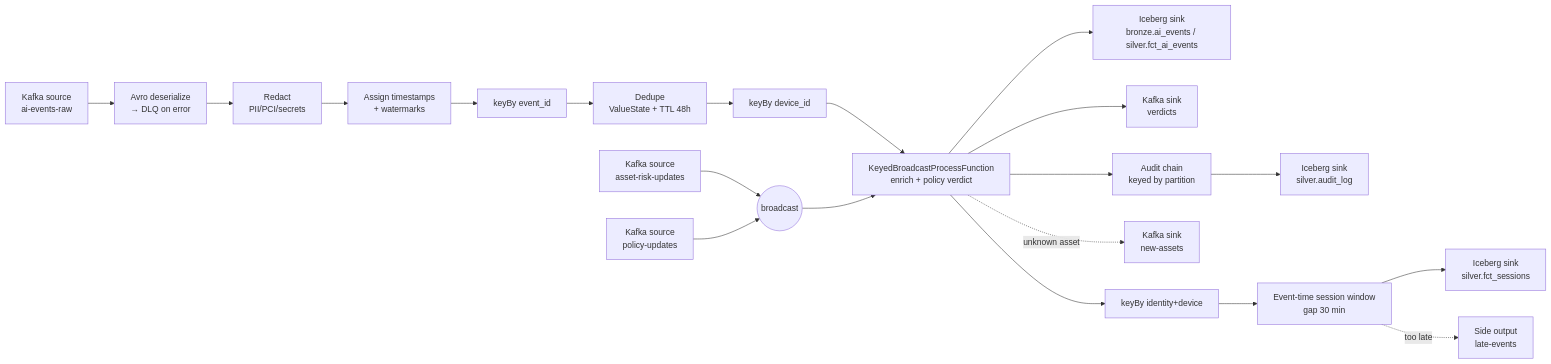
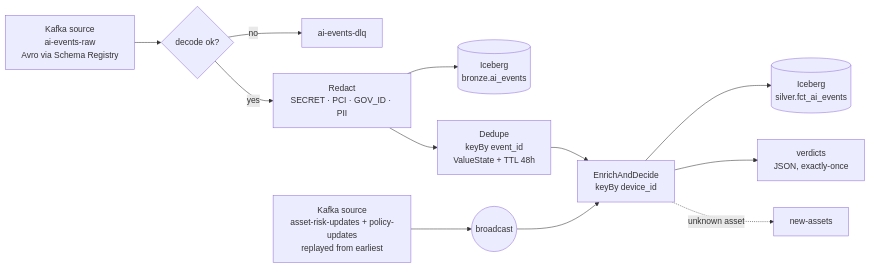
The first of 2 diagrams in docs/04-pipelines.md (sayanah1121/AIRS-Lite-an-AI-Asset-Risk-Lakehouse), drawn with Mermaid before and after one commit. The commit also changed other lines of this file and 36 other files, not shown here.

````diff
--- a/docs/04-pipelines.md
+++ b/docs/04-pipelines.md
@@ -36,22 +44,14 @@
 ```mermaid
 flowchart LR
-    SRC[Kafka source<br/>ai-events-raw] --> DESER[Avro deserialize<br/>→ DLQ on error]
-    DESER --> RED[Redact<br/>PII/PCI/secrets]
-    RED --> WM[Assign timestamps<br/>+ watermarks]
-    WM --> KEY1[keyBy event_id]
-    KEY1 --> DEDUP[Dedupe<br/>ValueState + TTL 48h]
-    DEDUP --> KEY2[keyBy device_id]
-    CAT[Kafka source<br/>asset-risk-updates] --> BC((broadcast))
-    POL[Kafka source<br/>policy-updates] --> BC
-    KEY2 --> ENR[KeyedBroadcastProcessFunction<br/>enrich + policy verdict]
+    SRC[Kafka source<br/>ai-events-raw<br/>Avro via Schema Registry] --> SPLIT{decode ok?}
+    SPLIT -- no --> DLQ[ai-events-dlq]
+    SPLIT -- yes --> RED[Redact<br/>SECRET · PCI · GOV_ID · PII]
+    RED --> BRZ[(Iceberg<br/>bronze.ai_events)]
+    RED --> DED[Dedupe<br/>keyBy event_id<br/>ValueState + TTL 48h]
+    CTL[Kafka source<br/>asset-risk-updates + policy-updates<br/>replayed from earliest] --> BC((broadcast))
+    DED --> ENR[EnrichAndDecide<br/>keyBy device_id]
     BC --> ENR
-    ENR --> SINK1[Iceberg sink<br/>bronze.ai_events / silver.fct_ai_events]
-    ENR --> SINK2[Kafka sink<br/>verdicts]
-    ENR --> AUD[Audit chain<br/>keyed by partition]
-    AUD --> SINK3[Iceberg sink<br/>silver.audit_log]
-    ENR -.unknown asset.-> SINK4[Kafka sink<br/>new-assets]
-    ENR --> KEY3[keyBy identity+device]
-    KEY3 --> SESS[Event-time session window<br/>gap 30 min]
-    SESS --> SINK5[Iceberg sink<br/>silver.fct_sessions]
-    SESS -.too late.-> LATE[Side output<br/>late-events]
+    ENR --> SLV[(Iceberg<br/>silver.fct_ai_events)]
+    ENR --> VER[verdicts<br/>JSON, exactly-once]
+    ENR -.unknown asset.-> NEW[new-assets]
 ```
````
